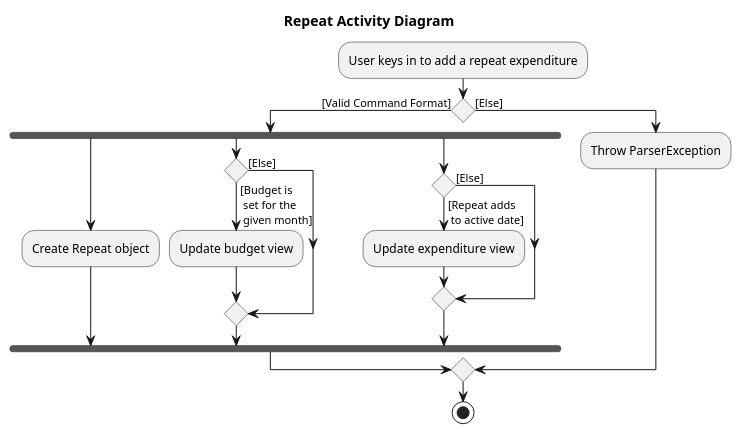
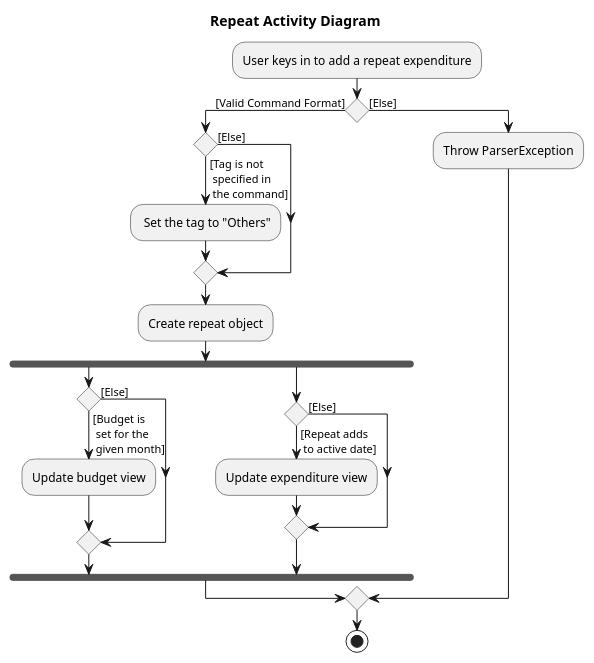
One commit to zwasd/main changed the diagram in docs/diagrams/repeatActivityDiagram.puml. Above: the diagram before and after it, drawn with PlantUML. The commit also changed 2 other files, not shown here.

Commit message:
update diagram

```diff
--- a/docs/diagrams/repeatActivityDiagram.puml
+++ b/docs/diagrams/repeatActivityDiagram.puml
@@ -1,22 +1,26 @@
 @startuml
 title Repeat Activity Diagram
+
 :User keys in to add a repeat expenditure;
 if () then ([Valid Command Format])
-    fork
-    :Create Repeat object;
-    fork again
-    if() then ([Budget is\n set for the\n given month]\n)
-        :Update budget view;
+    if () then ([Tag is not\n specified in\n the command]\n)
+        : Set the tag to "Others";
     else ([Else])
     endif
-    fork again
-    if() then ([Repeat adds\n to active date])
-        :Update expenditure view;
-    else ([Else])
-    endif
-    end fork
+    :Create repeat object;
+        fork
+        if () then ([Budget is\n set for the\n given month]\n)
+            :Update budget view;
+        else ([Else])
+        endif
+        fork again
+        if () then ([Repeat adds\n to active date])
+            :Update expenditure view;
+        else ([Else])
+        endif
+        end fork
 else ([Else])
     :Throw ParserException;
 endif
 stop
 @enduml
```
